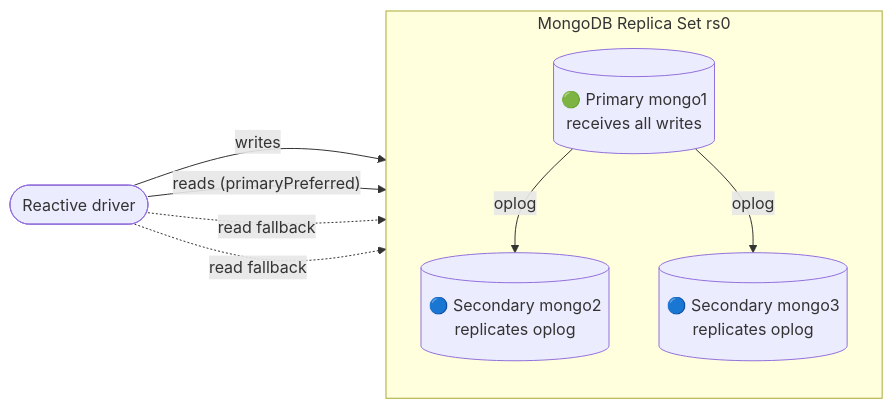
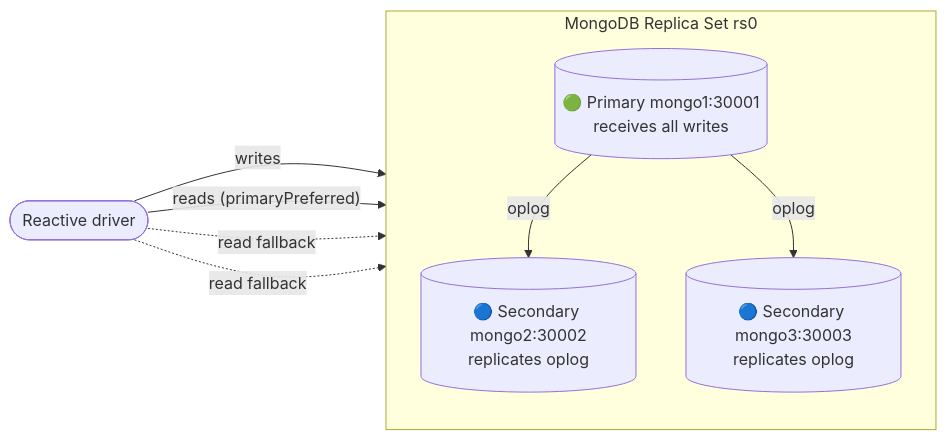
One commit to mrzodeczko-dev/Reactive-RESTful-API-Cinema-Ticketing-Platform-Spring-WebFlux- changed the fourth of 4 diagrams in readme.md. Above: the diagram before and after it, drawn with Mermaid. The commit also changed other lines of this file, not shown here.

````diff
--- a/readme.md
+++ b/readme.md
@@ -439,18 +463,18 @@
 ```mermaid
 flowchart LR
     Client(["Reactive driver"])
 
     subgraph ReplicaSet["MongoDB Replica Set rs0"]
         direction TB
-        P[("🟢 Primary mongo1<br/>receives all writes")]
-        S1[("🔵 Secondary mongo2<br/>replicates oplog")]
-        S2[("🔵 Secondary mongo3<br/>replicates oplog")]
+        P[("🟢 Primary mongo1:30001<br/>receives all writes")]
+        S1[("🔵 Secondary mongo2:30002<br/>replicates oplog")]
+        S2[("🔵 Secondary mongo3:30003<br/>replicates oplog")]
         P -- oplog --> S1
         P -- oplog --> S2
     end
 
     Client -- "writes" --> P
     Client -- "reads (primaryPreferred)" --> P
     Client -. "read fallback" .-> S1
     Client -. "read fallback" .-> S2
 ```
````
